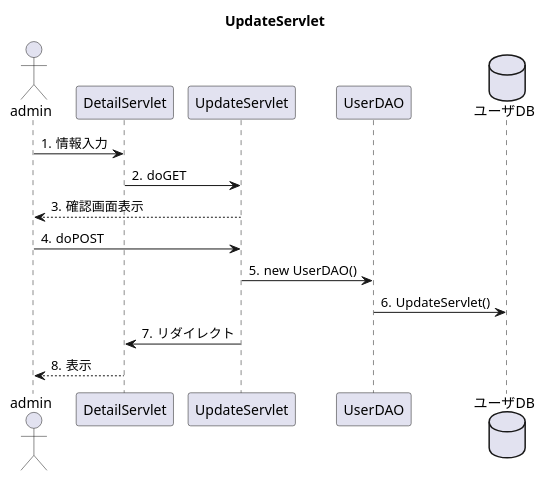
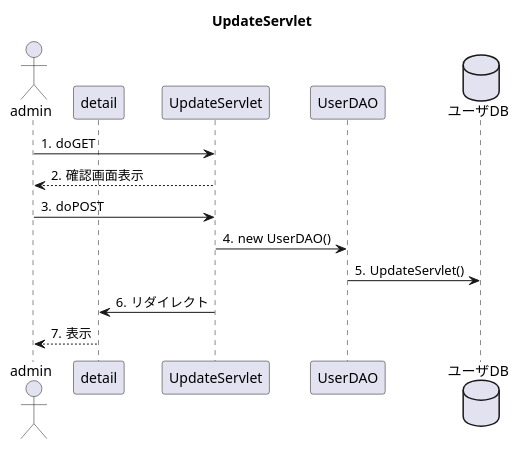
The diagram in uml_detail/seq_update.pu (toufu66/ProjectC), drawn with PlantUML before and after one commit. The commit also changed 1 other file, not shown here.

```diff
--- a/uml_detail/seq_update.pu
+++ b/uml_detail/seq_update.pu
@@ -1,22 +1,21 @@
 @startuml
 title UpdateServlet
 
 autonumber "#."
 
 actor admin
-participant DetailServlet
+participant detail
 participant UpdateServlet
 participant UserDAO
 database ユーザDB
 
 
-admin -> DetailServlet:情報入力
-DetailServlet -> UpdateServlet:doGET
+admin -> UpdateServlet:doGET
 UpdateServlet --> admin:確認画面表示
 admin ->UpdateServlet:doPOST
 UpdateServlet -> UserDAO:new UserDAO()
 UserDAO -> ユーザDB:UpdateServlet()
 
-UpdateServlet -> DetailServlet:リダイレクト
-DetailServlet --> admin:表示
+UpdateServlet -> detail:リダイレクト
+detail --> admin:表示
 @enduml
```
